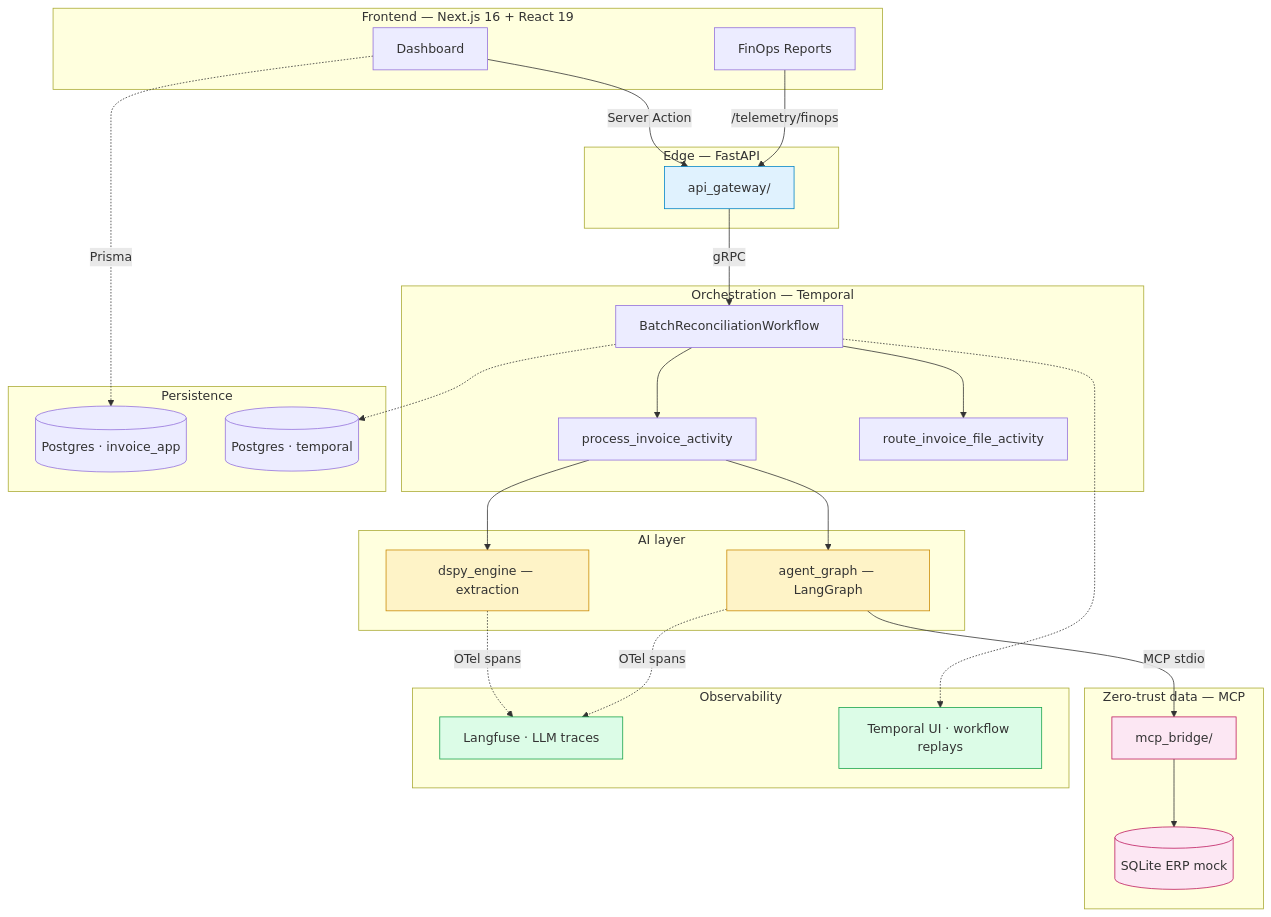
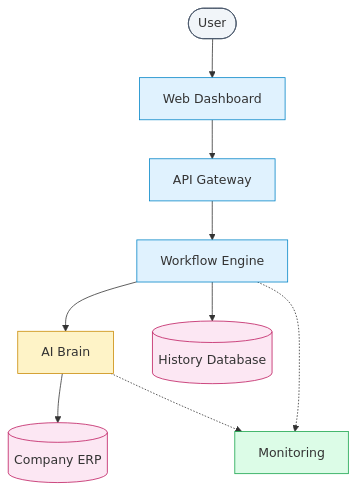
The first of 3 diagrams in README.md (KVM1L03/enterprise-invoice-reconciler), drawn with Mermaid before and after one commit. The commit also changed other lines of this file, not shown here.

First line of the commit message:
docs: simplify mermaid diagrams + fix GitHub parse error

````diff
--- a/README.md
+++ b/README.md
@@ -54,61 +54,31 @@
 ```mermaid
 graph TB
-    subgraph Frontend["Frontend — Next.js 16 + React 19"]
-        UI[Dashboard]
-        Reports[FinOps Reports]
-    end
+    User([User])
+    UI[Web Dashboard]
+    API[API Gateway]
+    WF[Workflow Engine]
+    AI[AI Brain]
+    ERP[(Company ERP)]
+    DB[(History Database)]
+    Watch[Monitoring]
 
-    subgraph Edge["Edge — FastAPI"]
-        Gateway[api_gateway/]
-    end
+    User --> UI
+    UI --> API
+    API --> WF
+    WF --> AI
+    AI --> ERP
+    WF --> DB
+    AI -.-> Watch
+    WF -.-> Watch
 
-    subgraph Orchestration["Orchestration — Temporal"]
-        WF[BatchReconciliationWorkflow]
-        A1[process_invoice_activity]
-        A2[route_invoice_file_activity]
-    end
-
-    subgraph AI["AI layer"]
-        DSPy[dspy_engine — extraction]
-        Graph[agent_graph — LangGraph]
-    end
-
-    subgraph Data["Zero-trust data — MCP"]
-        MCP[mcp_bridge/]
-        ERP[(SQLite ERP mock)]
-    end
-
-    subgraph Persistence["Persistence"]
-        AppDB[(Postgres · invoice_app)]
-        TempDB[(Postgres · temporal)]
-    end
-
-    subgraph Obs["Observability"]
-        LF[Langfuse · LLM traces]
-        TUI[Temporal UI · workflow replays]
-    end
-
-    UI -->|Server Action| Gateway
-    Reports -->|/telemetry/finops| Gateway
-    Gateway -->|gRPC| WF
-    WF --> A1
-    WF --> A2
-    A1 --> DSPy
-    A1 --> Graph
-    Graph -->|MCP stdio| MCP
-    MCP --> ERP
-    UI -.->|Prisma| AppDB
-    WF -.-> TempDB
-    DSPy -.->|OTel spans| LF
-    Graph -.->|OTel spans| LF
-    WF -.-> TUI
-
-    classDef edge fill:#e0f2fe,stroke:#0284c7
+    classDef user fill:#f1f5f9,stroke:#475569
+    classDef app fill:#e0f2fe,stroke:#0284c7
     classDef ai fill:#fef3c7,stroke:#ca8a04
     classDef data fill:#fce7f3,stroke:#be185d
     classDef obs fill:#dcfce7,stroke:#16a34a
-    class Gateway edge
-    class DSPy,Graph ai
-    class MCP,ERP data
-    class LF,TUI obs
+    class User user
+    class UI,API,WF app
+    class AI ai
+    class ERP,DB data
+    class Watch obs
 ```
````
